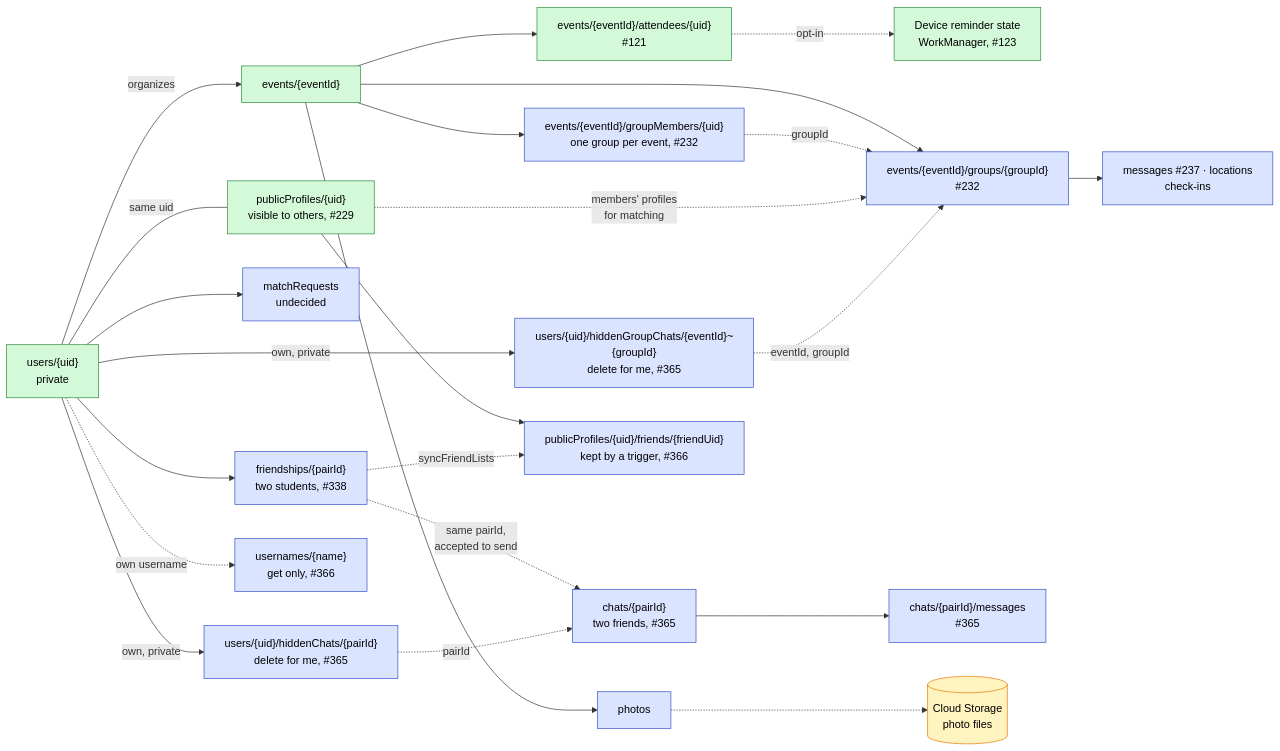
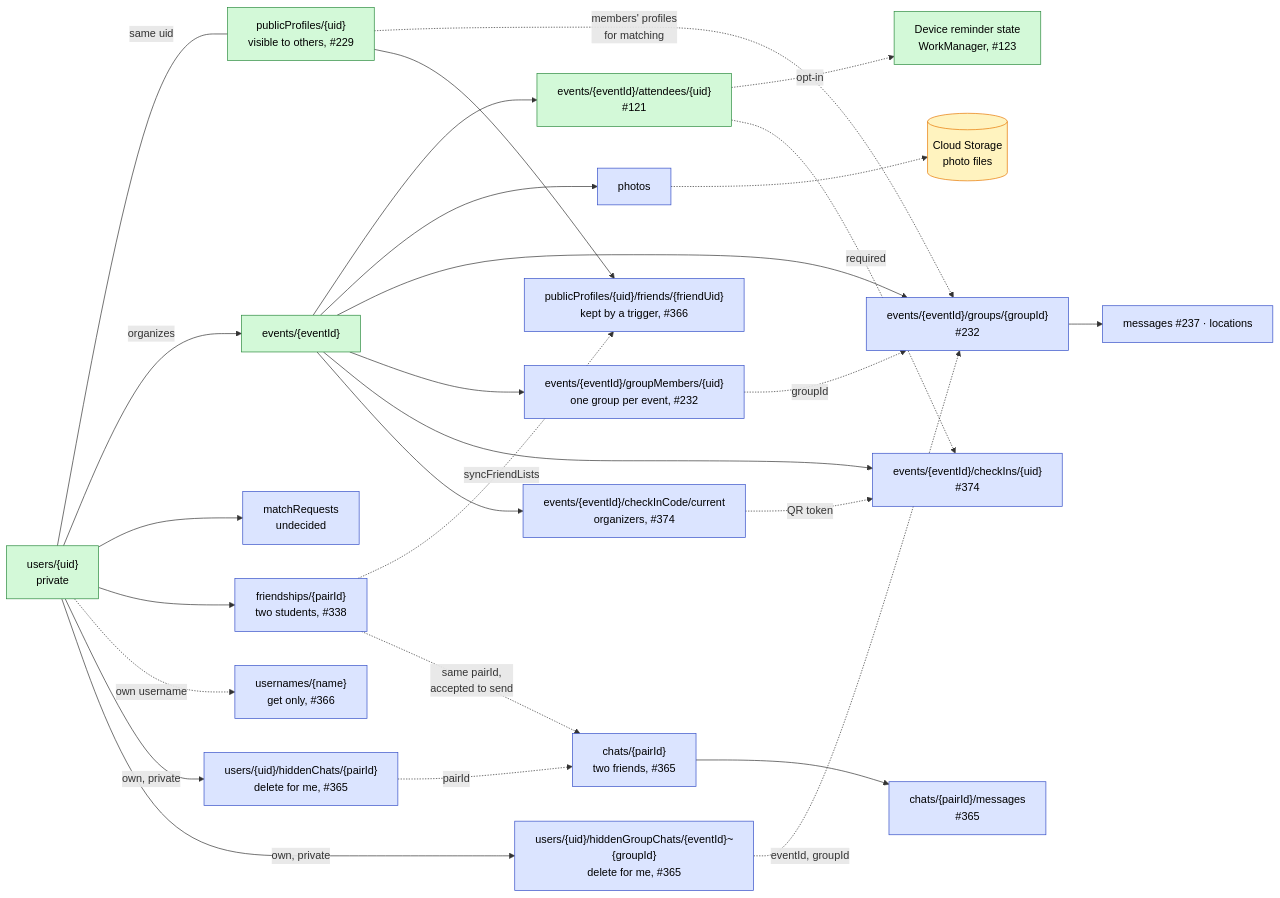
Diagram 16 of 16 in docs/Architecture-Diagram.md (swent-polysocial/PolySocial), drawn with Mermaid before and after one commit. The commit also changed other lines of this file and 1 other file, not shown here.

First line of the commit message:
docs: decide the event check-in model

````diff
--- a/docs/Architecture-Diagram.md
+++ b/docs/Architecture-Diagram.md
@@ -826,48 +933,54 @@
 ```mermaid
 flowchart LR
   classDef s1 fill:#d3f9d8,stroke:#2b8a3e,color:#000
   classDef pb fill:#dbe4ff,stroke:#364fc7,color:#000
   classDef ext fill:#fff3bf,stroke:#e67700,color:#000
 
   users["users/{uid}<br/>private"]:::s1
   pub["publicProfiles/{uid}<br/>visible to others, #229"]:::s1
   events["events/{eventId}"]:::s1
   reg["events/{eventId}/attendees/{uid}<br/>#121"]:::s1
   reminders["Device reminder state<br/>WorkManager, #123"]:::s1
   photos["photos"]:::pb
   groups["events/{eventId}/groups/{groupId}<br/>#232"]:::pb
   marker["events/{eventId}/groupMembers/{uid}<br/>one group per event, #232"]:::pb
-  sub["messages #237 · locations<br/>check-ins"]:::pb
+  sub["messages #237 · locations"]:::pb
+  checkins["events/{eventId}/checkIns/{uid}<br/>#374"]:::pb
+  entrance["events/{eventId}/checkInCode/current<br/>organizers, #374"]:::pb
   mreq["matchRequests<br/>undecided"]:::pb
   friends["friendships/{pairId}<br/>two students, #338"]:::pb
   direct["chats/{pairId}<br/>two friends, #365"]:::pb
   directMsgs["chats/{pairId}/messages<br/>#365"]:::pb
   hidden["users/{uid}/hiddenChats/{pairId}<br/>delete for me, #365"]:::pb
   hiddenGroup["users/{uid}/hiddenGroupChats/{eventId}~{groupId}<br/>delete for me, #365"]:::pb
   storage[("Cloud Storage<br/>photo files")]:::ext
   names["usernames/{name}<br/>get only, #366"]:::pb
   friendList["publicProfiles/{uid}/friends/{friendUid}<br/>kept by a trigger, #366"]:::pb
 
   users --- |"same uid"| pub
   users -->|"organizes"| events
   events --> reg
   reg -. opt-in .-> reminders
   events --> photos
   photos -.-> storage
   events --> groups
   events --> marker
+  reg -. "required" .-> checkins
+  events --> checkins
+  events --> entrance
+  entrance -. "QR token" .-> checkins
   marker -. "groupId" .-> groups
   groups --> sub
   pub -. "members' profiles<br/>for matching" .-> groups
   users --> mreq
   users --> friends
   users -. "own username" .-> names
   pub --> friendList
   friends -. "syncFriendLists" .-> friendList
   friends -. "same pairId,<br/>accepted to send" .-> direct
   direct --> directMsgs
   users --> |"own, private"| hidden
   hidden -. "pairId" .-> direct
   users --> |"own, private"| hiddenGroup
   hiddenGroup -. "eventId, groupId" .-> groups
 ```
````
